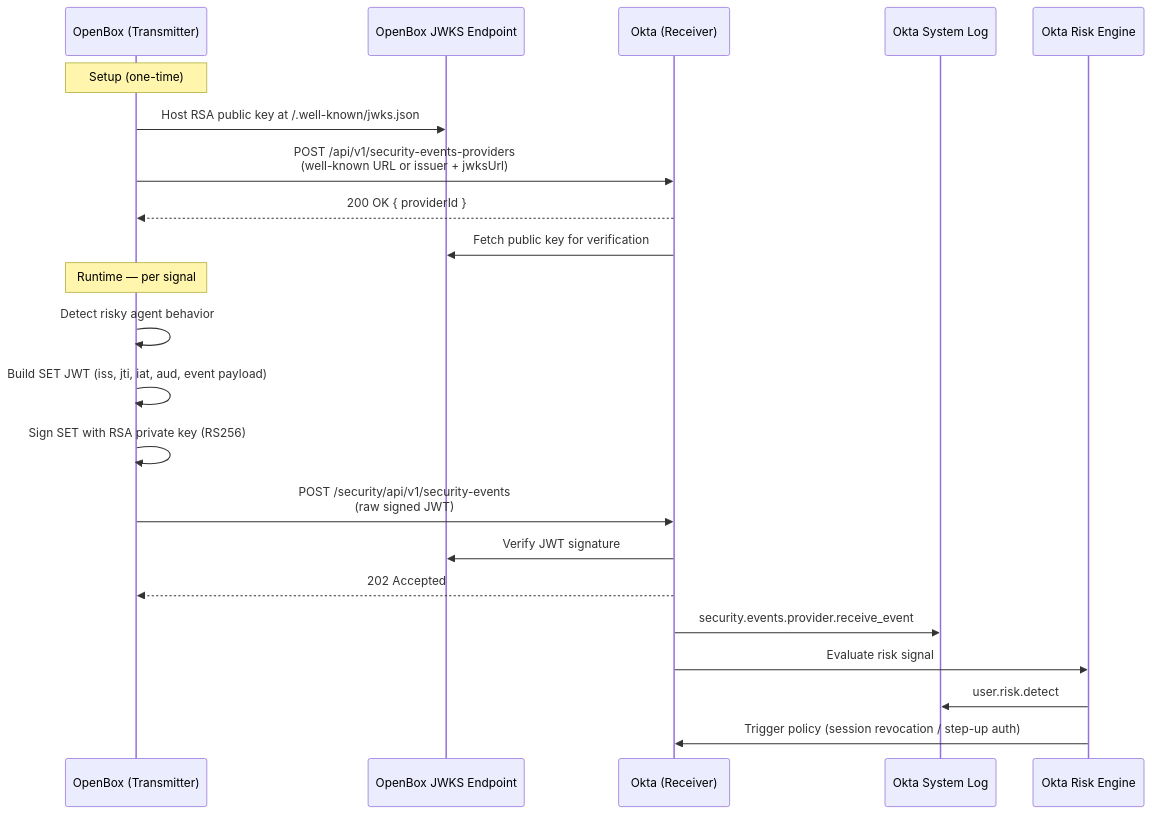
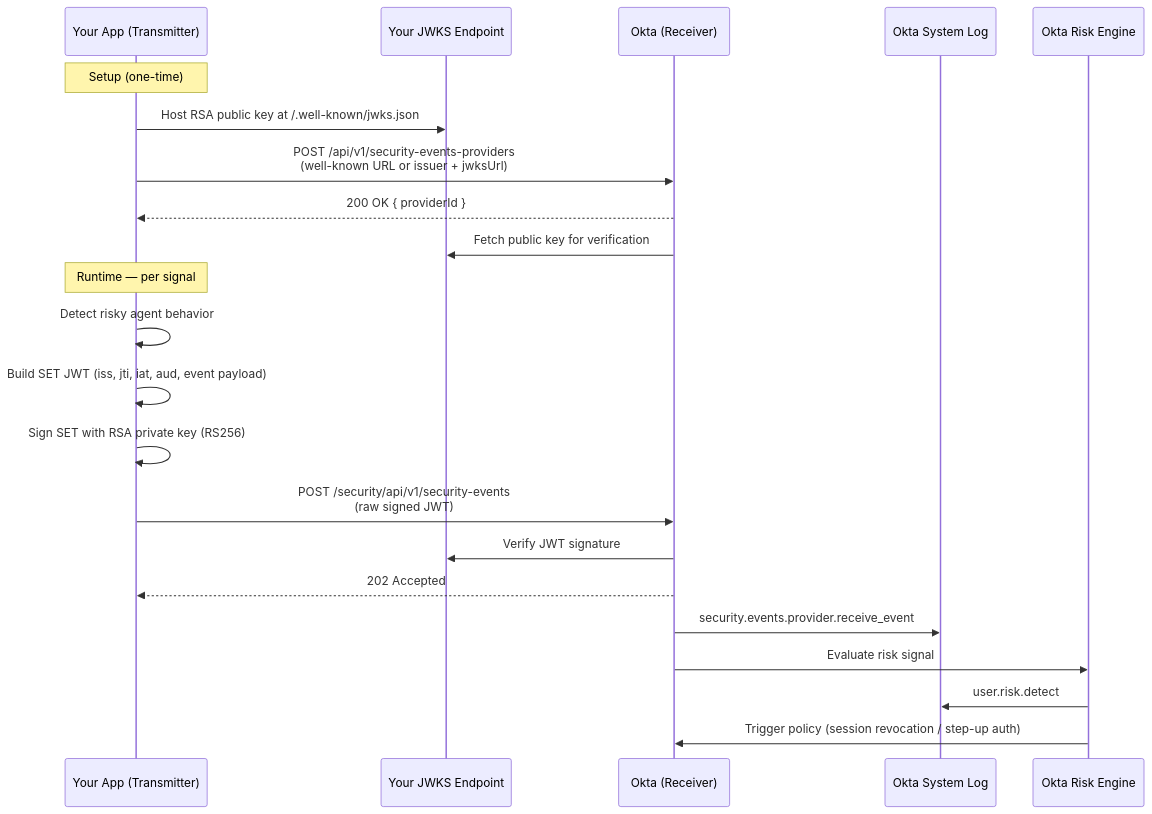
Before and after one commit to isemona/okta-ssf-guide: the diagram in README.md, drawn with Mermaid. The commit also changed other lines of this file, not shown here.

````diff
--- a/README.md
+++ b/README.md
@@ -26,26 +26,26 @@
 ```mermaid
 sequenceDiagram
-    participant OB as OpenBox (Transmitter)
-    participant JWKS as OpenBox JWKS Endpoint
+    participant OB as Your App (Transmitter)
+    participant JWKS as Your JWKS Endpoint
     participant Okta as Okta (Receiver)
     participant Log as Okta System Log
     participant Risk as Okta Risk Engine
 
     Note over OB: Setup (one-time)
     OB->>JWKS: Host RSA public key at /.well-known/jwks.json
     OB->>Okta: POST /api/v1/security-events-providers<br/>(well-known URL or issuer + jwksUrl)
     Okta-->>OB: 200 OK { providerId }
     Okta->>JWKS: Fetch public key for verification
 
     Note over OB: Runtime — per signal
     OB->>OB: Detect risky agent behavior
     OB->>OB: Build SET JWT (iss, jti, iat, aud, event payload)
     OB->>OB: Sign SET with RSA private key (RS256)
     OB->>Okta: POST /security/api/v1/security-events<br/>(raw signed JWT)
     Okta->>JWKS: Verify JWT signature
     Okta-->>OB: 202 Accepted
     Okta->>Log: security.events.provider.receive_event
     Okta->>Risk: Evaluate risk signal
     Risk->>Log: user.risk.detect
     Risk->>Okta: Trigger policy (session revocation / step-up auth)
 ```
````
